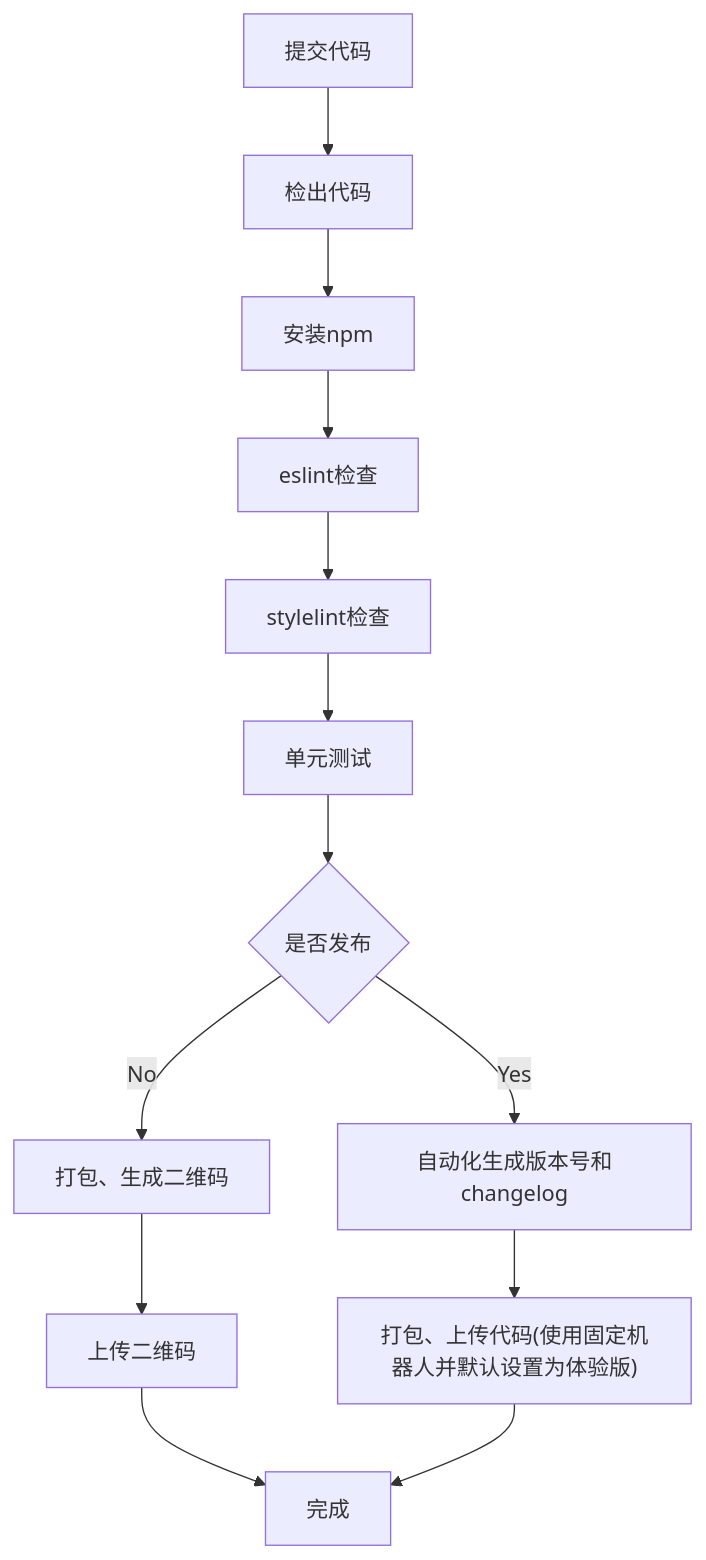
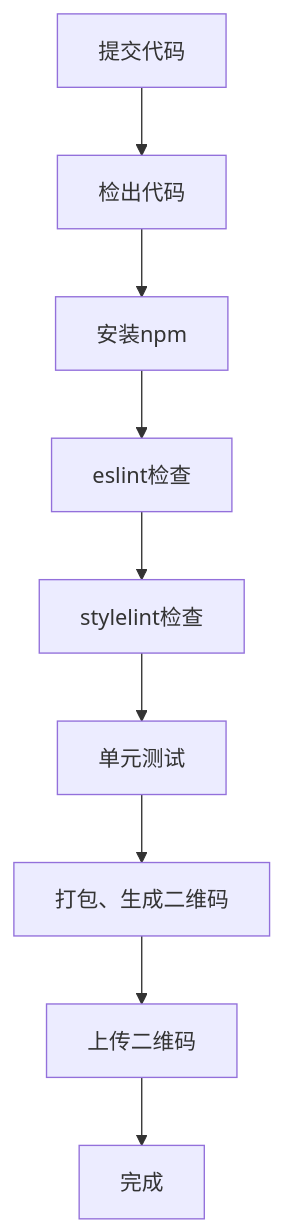
One commit to LeoLun/willow-blog changed the diagram in docs/pages/miniprogram-init.md. Above: the diagram before and after it, drawn with Mermaid. The commit also changed other lines of this file and 3 other files, not shown here.

````diff
--- a/docs/pages/miniprogram-init.md
+++ b/docs/pages/miniprogram-init.md
@@ -499,15 +499,11 @@
 ```mermaid
 flowchart TB
   commit[提交代码] --> checkout[检出代码]
   checkout --> npm[安装npm]
   npm --> eslint[eslint检查]
   eslint --> stylelint[stylelint检查]
   stylelint --> unitTest[单元测试]
-  unitTest --> release{是否发布}
-	release --> |Yes| changelog["自动化生成版本号和changelog"]
-  release --> |No| build["打包、生成二维码"]
-	changelog --> upload["打包、上传代码(使用固定机器人并默认设置为体验版)"]
+  unitTest --> build["打包、生成二维码"]
   build --> qrcode["上传二维码"]
   qrcode --> finish["完成"]
-  upload --> finish
 ```
````
